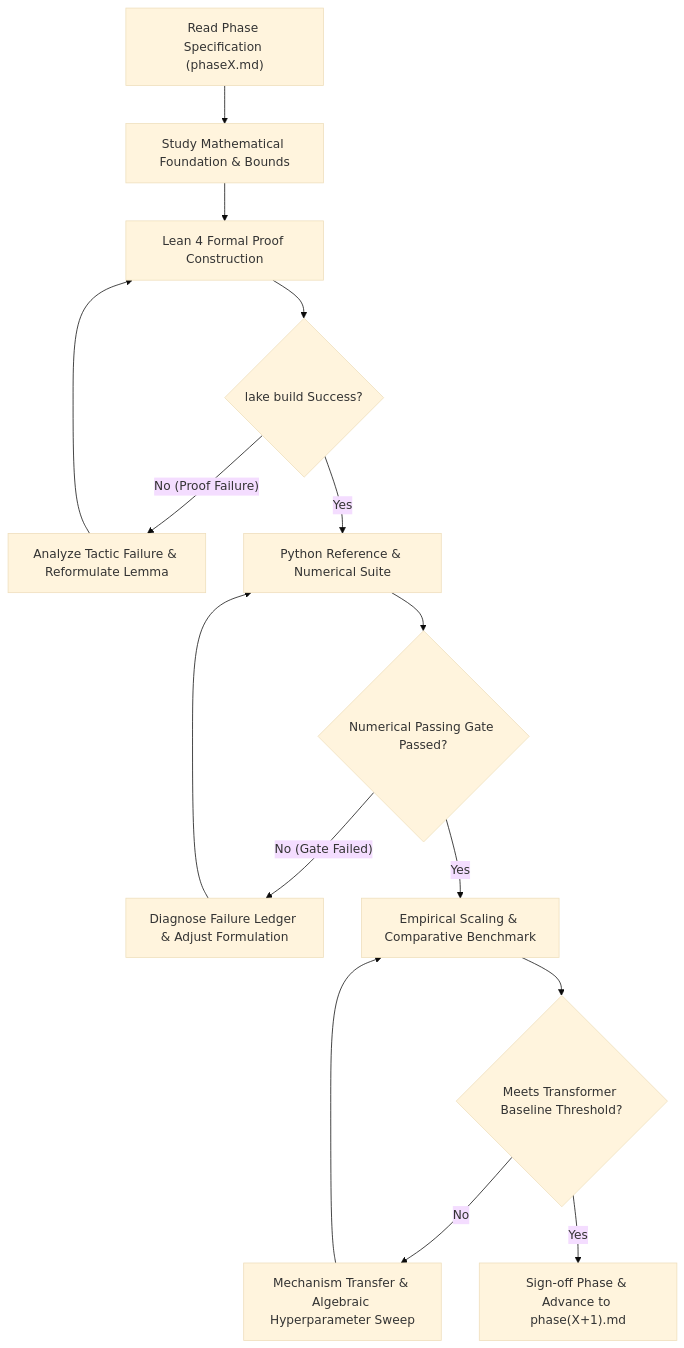
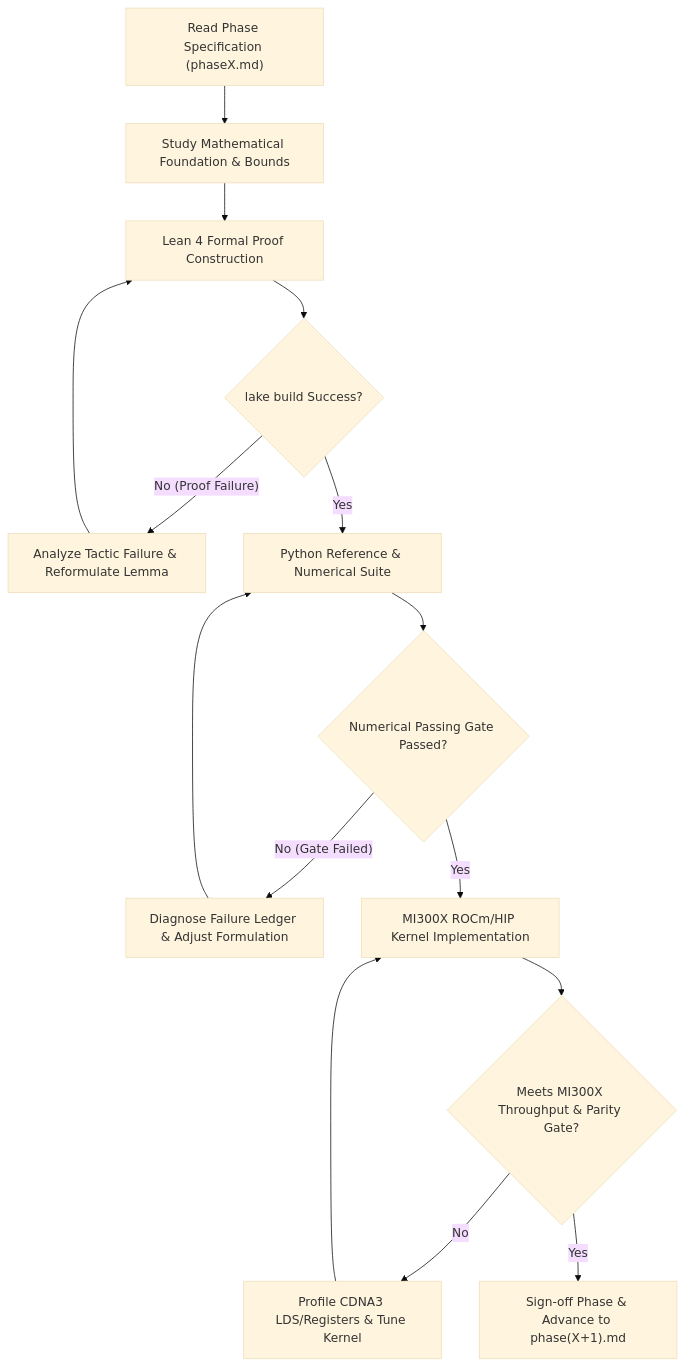
The diagram in phases/README.md (tasmaikeni13/algebraic-intelligence), drawn with Mermaid (base theme) before and after one commit. The commit also changed other lines of this file and 4 other files, not shown here.

Commit message:
feat: calibrate phases 6-9 for 1x AMD Instinct MI300X ROCm/HIP hardware

````diff
--- a/phases/README.md
+++ b/phases/README.md
@@ -18,17 +33,17 @@
 ```mermaid
 graph TD
     A["Read Phase Specification (phaseX.md)"] --> B["Study Mathematical Foundation & Bounds"]
     B --> C["Lean 4 Formal Proof Construction"]
     C --> D{"lake build Success?"}
     D -- "No (Proof Failure)" --> E["Analyze Tactic Failure & Reformulate Lemma"]
     E --> C
     D -- "Yes" --> F["Python Reference & Numerical Suite"]
     F --> G{"Numerical Passing Gate Passed?"}
     G -- "No (Gate Failed)" --> H["Diagnose Failure Ledger & Adjust Formulation"]
     H --> F
-    G -- "Yes" --> I["Empirical Scaling & Comparative Benchmark"]
-    I --> J{"Meets Transformer Baseline Threshold?"}
-    J -- "No" --> K["Mechanism Transfer & Algebraic Hyperparameter Sweep"]
+    G -- "Yes" --> I["MI300X ROCm/HIP Kernel Implementation"]
+    I --> J{"Meets MI300X Throughput & Parity Gate?"}
+    J -- "No" --> K["Profile CDNA3 LDS/Registers & Tune Kernel"]
     K --> I
     J -- "Yes" --> L["Sign-off Phase & Advance to phase(X+1).md"]
 ```
````
